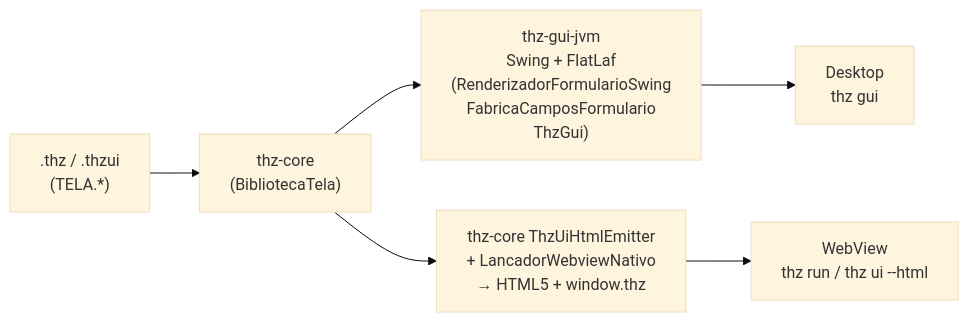
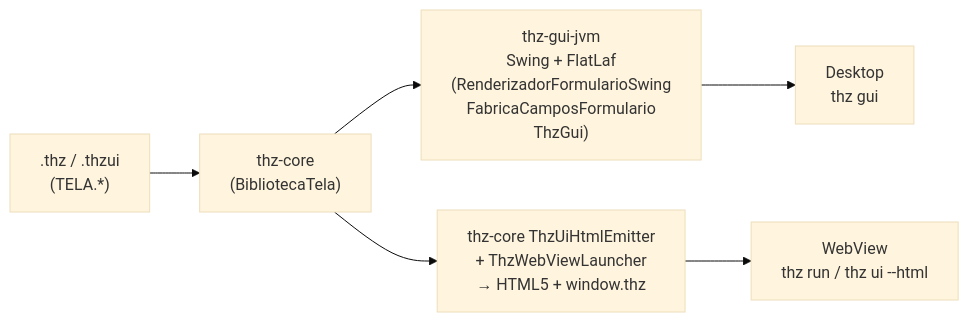
The diagram in docs/TELA_THZUI.md (THZ-Lang/thz-lang), drawn with Mermaid (base theme) before and after one commit. The commit also changed other lines of this file and 3 other files, not shown here.

````diff
--- a/docs/TELA_THZUI.md
+++ b/docs/TELA_THZUI.md
@@ -91,8 +91,8 @@
 ```mermaid
 graph LR
     THZUI[".thz / .thzui<br/>(TELA.*)"] --> CORE["thz-core<br/>(BibliotecaTela)"]
     CORE --> SWING["thz-gui-jvm<br/>Swing + FlatLaf<br/>(RenderizadorFormularioSwing<br/>FabricaCamposFormulario<br/>ThzGui)"]
-    CORE --> HTML["thz-core ThzUiHtmlEmitter<br/>+ LancadorWebviewNativo<br/>→ HTML5 + window.thz"]
+    CORE --> HTML["thz-core ThzUiHtmlEmitter<br/>+ ThzWebViewLauncher<br/>→ HTML5 + window.thz"]
     SWING --> DESKTOP["Desktop<br/>thz gui"]
     HTML --> WEBVIEW["WebView<br/>thz run / thz ui --html"]
 ```
````
